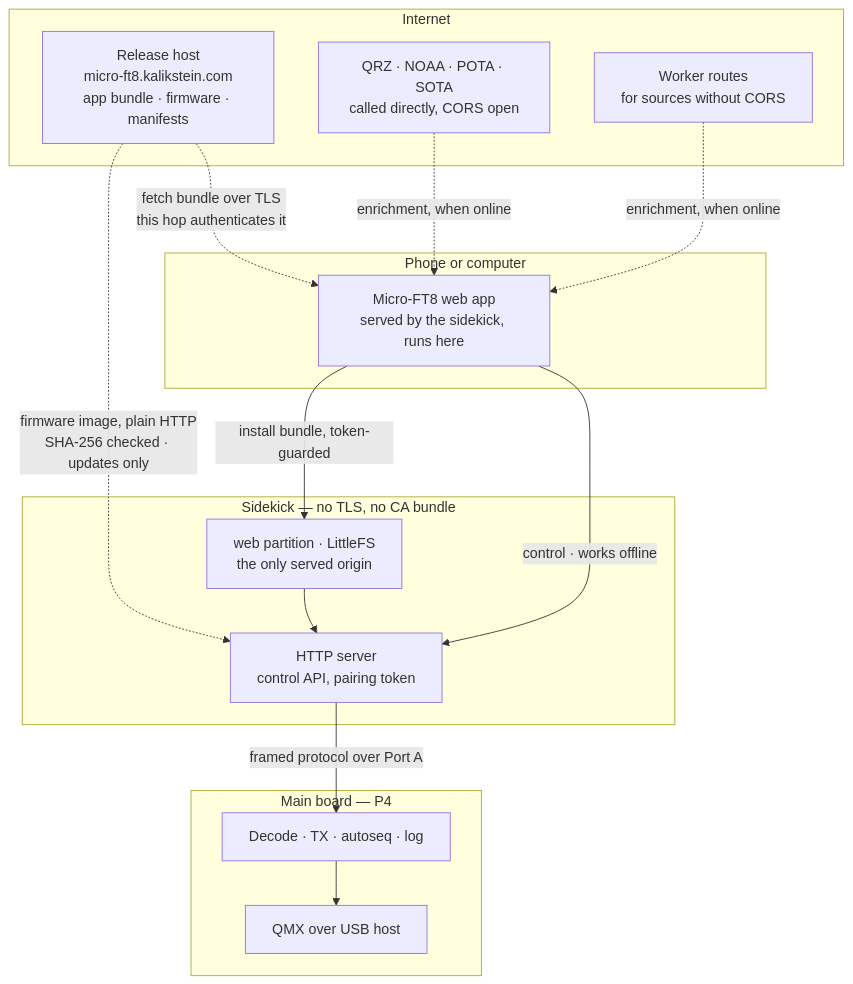
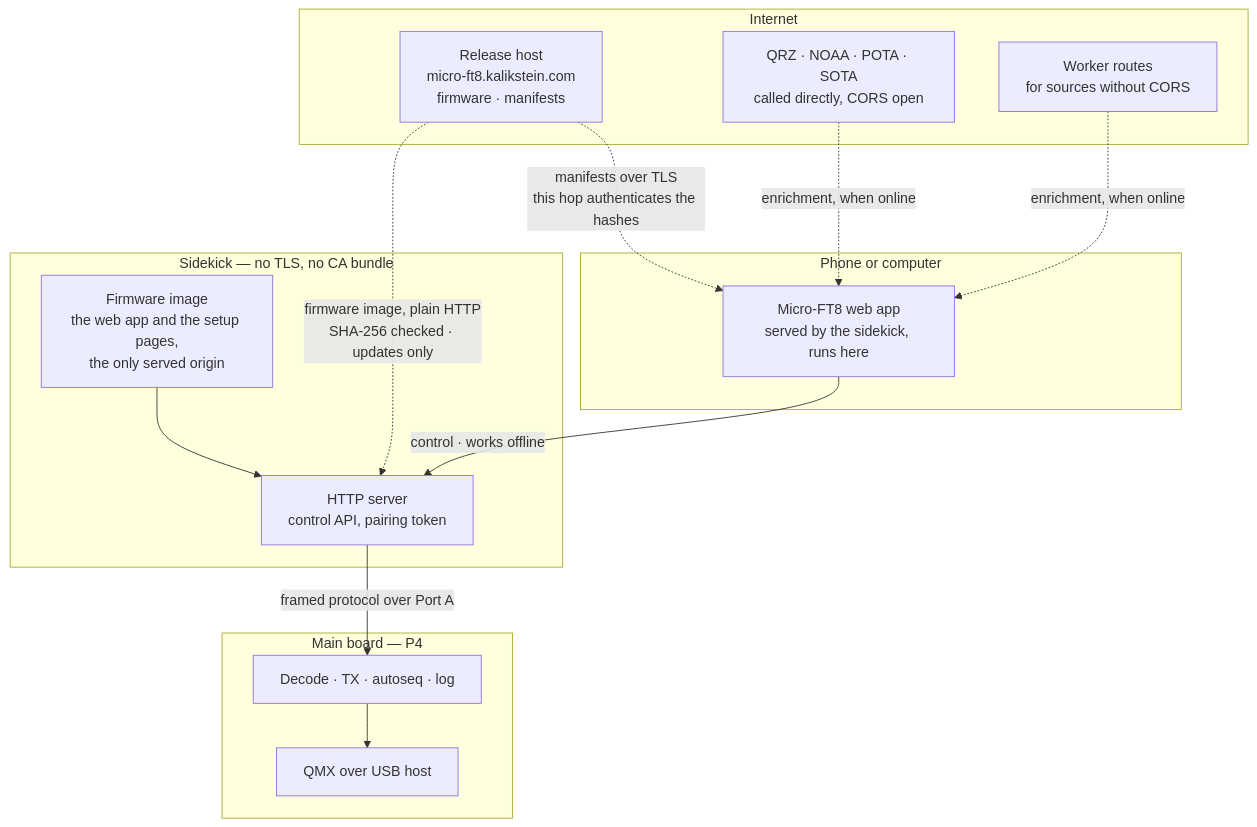
One commit to kb2slo/micro-ft8 changed the diagram in docs/architecture/system.md. Above: the diagram before and after it, drawn with Mermaid. The commit also changed other lines of this file and 36 other files, not shown here.

````diff
--- a/docs/architecture/system.md
+++ b/docs/architecture/system.md
@@ -21,28 +21,27 @@
 ```mermaid
 flowchart TB
     subgraph net["Internet"]
-        host["Release host<br/>micro-ft8.kalikstein.com<br/>app bundle · firmware · manifests"]
+        host["Release host<br/>micro-ft8.kalikstein.com<br/>firmware · manifests"]
         third["QRZ · NOAA · POTA · SOTA<br/>called directly, CORS open"]
         worker["Worker routes<br/>for sources without CORS"]
     end
     subgraph phone["Phone or computer"]
         app["Micro-FT8 web app<br/>served by the sidekick, runs here"]
     end
     subgraph sk["Sidekick — no TLS, no CA bundle"]
         http["HTTP server<br/>control API, pairing token"]
-        web["web partition · LittleFS<br/>the only served origin"]
+        web["Firmware image<br/>the web app and the setup pages,<br/>the only served origin"]
     end
     subgraph main["Main board — P4"]
         radio["Decode · TX · autoseq · log"]
         qmx["QMX over USB host"]
     end
-    host -. "fetch bundle over TLS<br/>this hop authenticates it" .-> app
+    host -. "manifests over TLS<br/>this hop authenticates the hashes" .-> app
     third -. "enrichment, when online" .-> app
     worker -. "enrichment, when online" .-> app
     app -- "control · works offline" --> http
-    app -- "install bundle, token-guarded" --> web
     host -. "firmware image, plain HTTP<br/>SHA-256 checked · updates only" .-> http
     web --> http
     http -- "framed protocol over Port A" --> radio
     radio --> qmx
 ```
````
